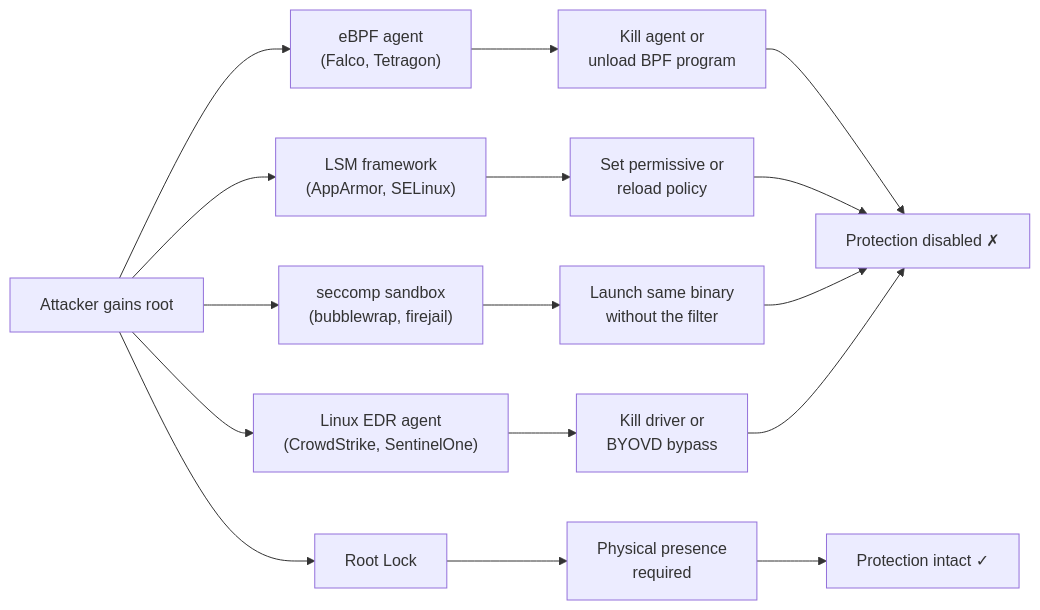
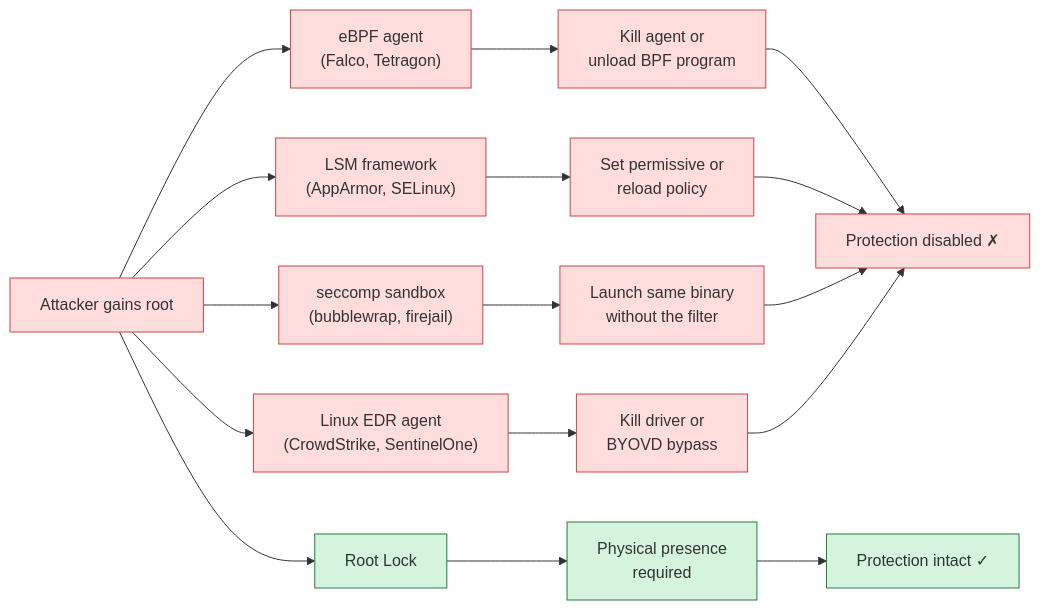
The second of 2 diagrams in content/en/docs/introduction/how-it-compares/_index.md (HeartSecuritySuite/heartsuite-docs), drawn with Mermaid before and after one commit. The commit also changed other lines of this file and 68 other files, not shown here.

````diff
--- a/content/en/docs/introduction/how-it-compares/_index.md
+++ b/content/en/docs/introduction/how-it-compares/_index.md
@@ -192,18 +220,32 @@
 ```mermaid
 graph LR
     A[Attacker gains root] --> B["eBPF agent\n(Falco, Tetragon)"]
     A --> C["LSM framework\n(AppArmor, SELinux)"]
     A --> D["seccomp sandbox\n(bubblewrap, firejail)"]
     A --> E["Linux EDR agent\n(CrowdStrike, SentinelOne)"]
     A --> F["Root Lock"]
     B --> G["Kill agent or\nunload BPF program"]
     C --> H["Set permissive or\nreload policy"]
     D --> I["Launch same binary\nwithout the filter"]
     E --> J["Kill driver or\nBYOVD bypass"]
     F --> K["Physical presence\nrequired"]
     G --> L["Protection disabled ✗"]
     H --> L
     I --> L
     J --> L
     K --> M["Protection intact ✓"]
+
+    style A fill:#fdd,stroke:#c44
+    style B fill:#fdd,stroke:#c44
+    style C fill:#fdd,stroke:#c44
+    style D fill:#fdd,stroke:#c44
+    style E fill:#fdd,stroke:#c44
+    style G fill:#fdd,stroke:#c44
+    style H fill:#fdd,stroke:#c44
+    style I fill:#fdd,stroke:#c44
+    style J fill:#fdd,stroke:#c44
+    style L fill:#fdd,stroke:#c44
+    style F fill:#d4f4dd,stroke:#2a7a40
+    style K fill:#d4f4dd,stroke:#2a7a40
+    style M fill:#d4f4dd,stroke:#2a7a40
 ```
````
